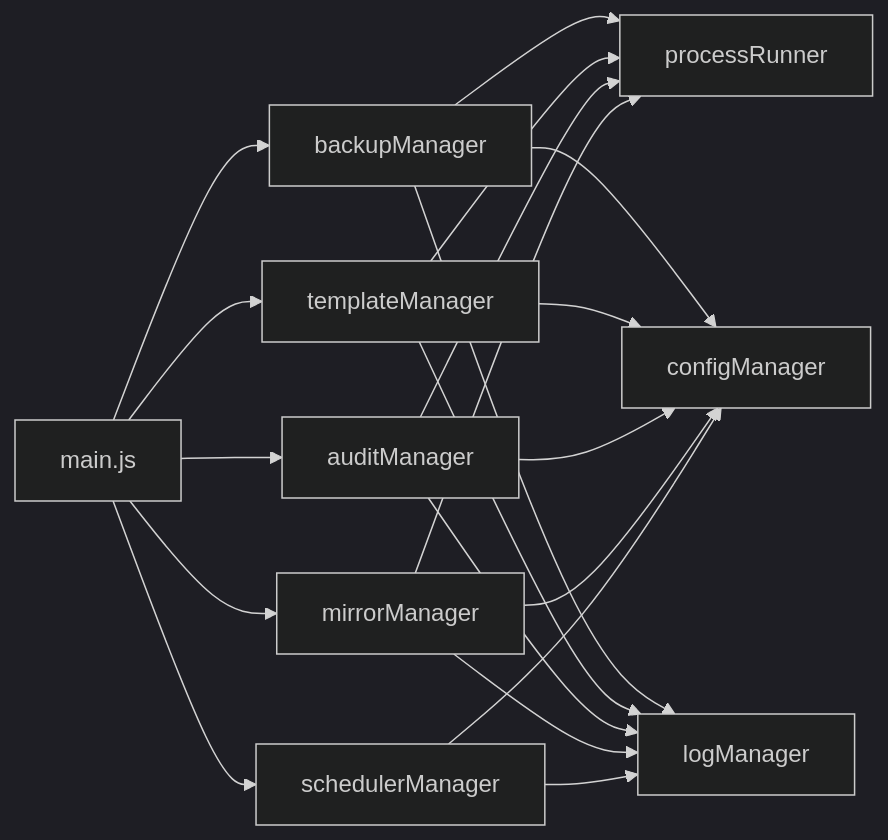
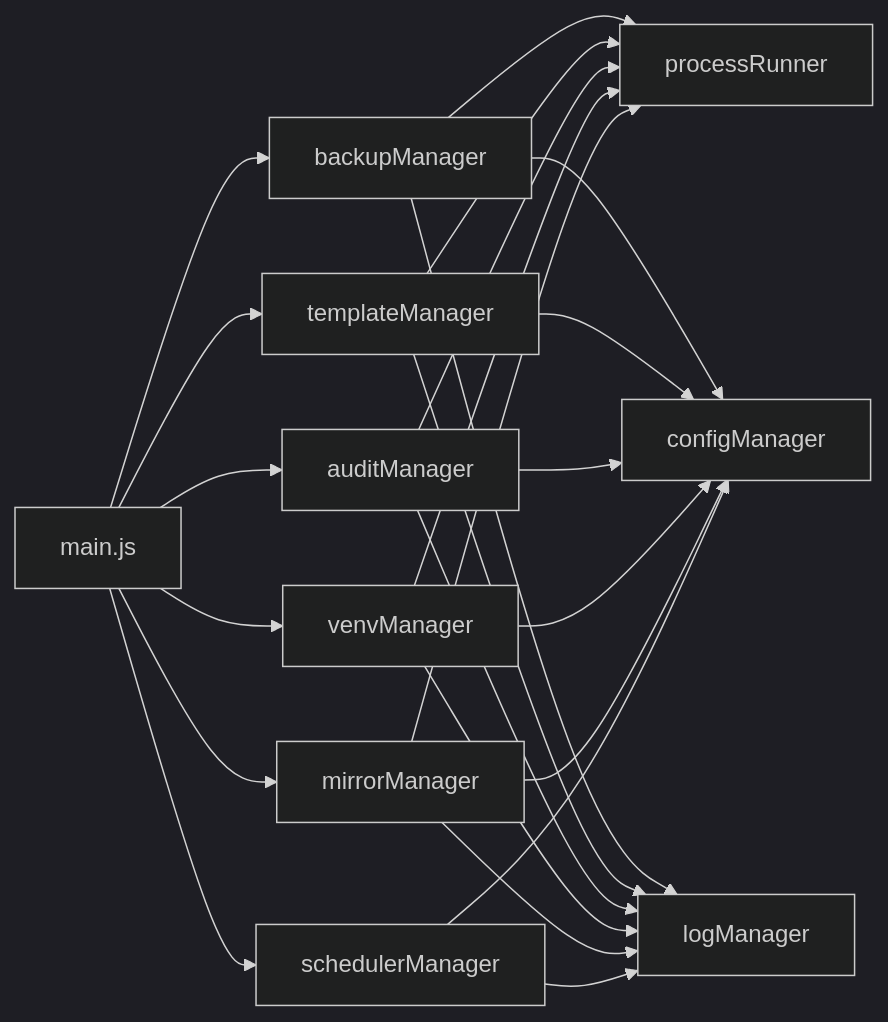
Before and after one commit to SoftheartedYYC/PyLibMaster: the ninth of 9 diagrams in docs/zh/content/业务功能/业务功能.md, drawn with Mermaid (dark theme). The commit also changed other lines of this file and 72 other files, not shown here.

````diff
--- a/docs/zh/content/业务功能/业务功能.md
+++ b/docs/zh/content/业务功能/业务功能.md
@@ -334,22 +388,26 @@
 ```mermaid
 graph LR
 Main["main.js"] --> BM["backupManager"]
 Main --> TM["templateManager"]
 Main --> AM["auditManager"]
+Main --> VM["venvManager"]
 Main --> MM["mirrorManager"]
 Main --> SM["schedulerManager"]
 BM --> PR["processRunner"]
 TM --> PR
 AM --> PR
+VM --> PR
 MM --> PR
 BM --> CM["configManager"]
 TM --> CM
 AM --> CM
+VM --> CM
 MM --> CM
 SM --> CM
 BM --> LM["logManager"]
 TM --> LM
 AM --> LM
+VM --> LM
 MM --> LM
 SM --> LM
 ```
````
